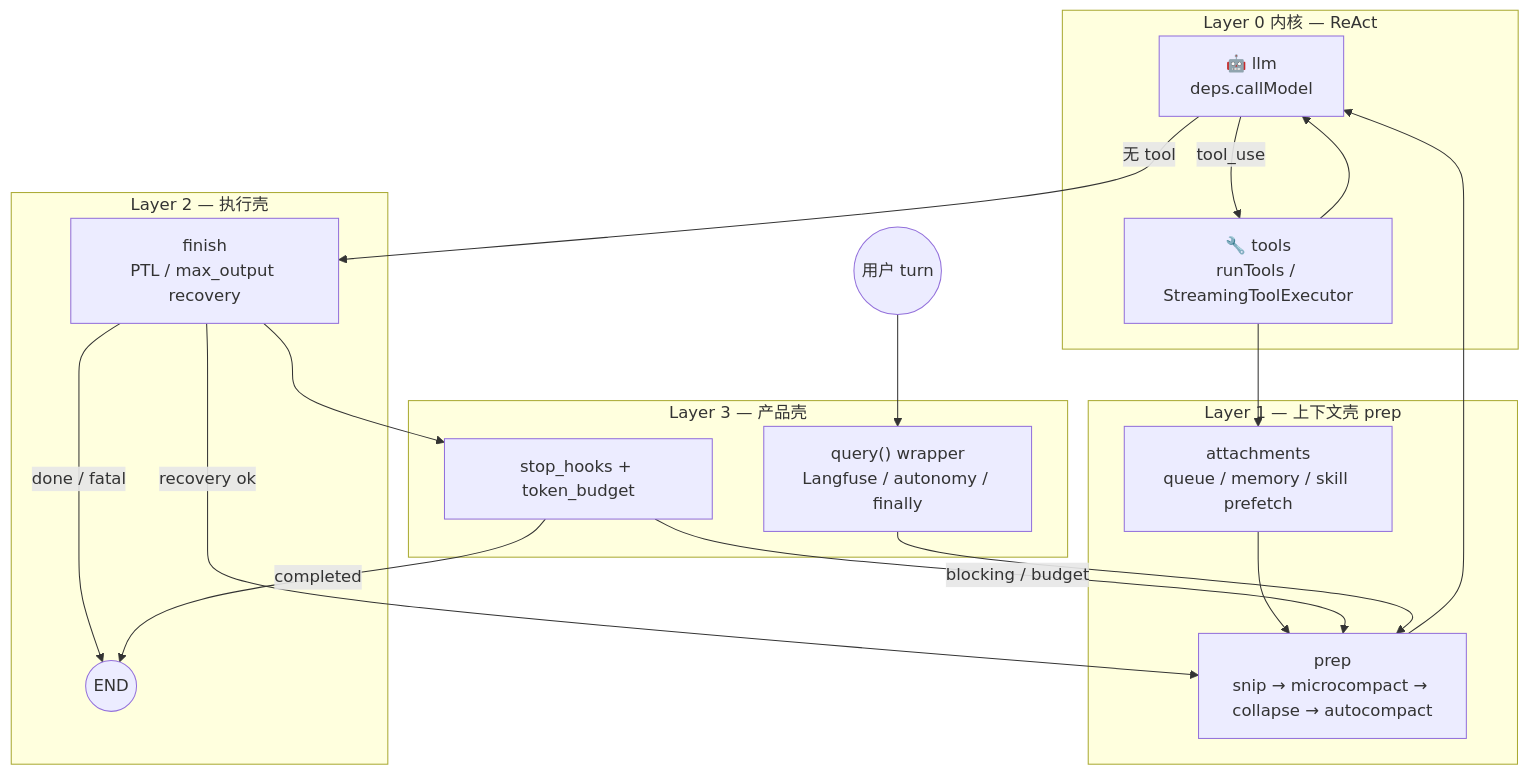
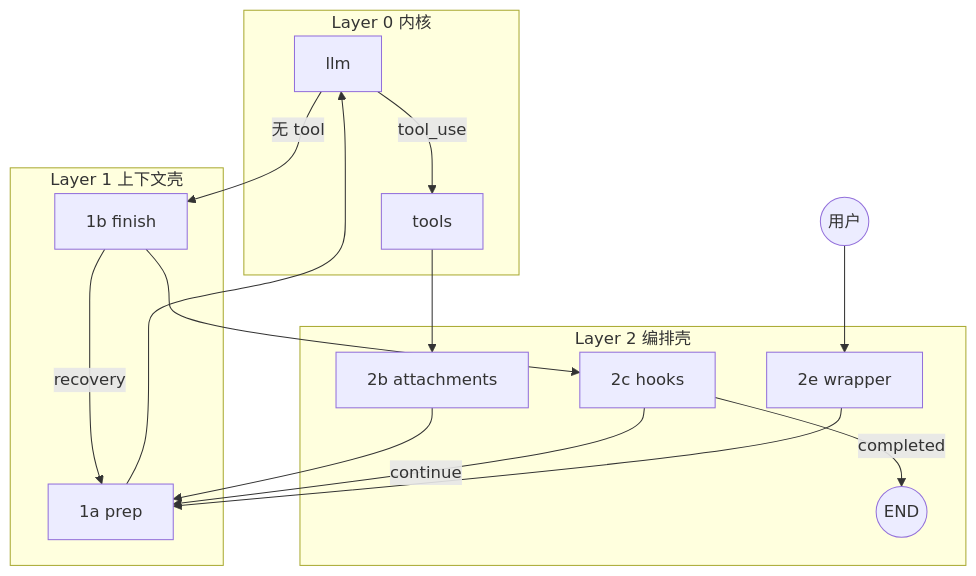
One commit to VirusPC/claude-code-best changed the fourth of 4 diagrams in .shousui/notes/query-react-three-layers.md. Above: the diagram before and after it, drawn with Mermaid. The commit also changed other lines of this file, not shown here.

First line of the commit message:
docs: 统一 query 笔记为 ReAct + 两层壳叙事

````diff
--- a/.shousui/notes/query-react-three-layers.md
+++ b/.shousui/notes/query-react-three-layers.md
@@ -339,35 +410,30 @@
 ```mermaid
 flowchart TB
-  subgraph L0["Layer 0 内核 — ReAct"]
-    llm["🤖 llm<br/>deps.callModel"]
-    tools["🔧 tools<br/>runTools / StreamingToolExecutor"]
+  subgraph L0["Layer 0 内核"]
+    llm["llm"]
+    tools["tools"]
     llm -->|"tool_use"| tools
-    tools --> llm
   end
 
-  subgraph L1["Layer 1 — 上下文壳 prep"]
-    prep["prep<br/>snip → microcompact → collapse → autocompact"]
+  subgraph L1["Layer 1 上下文壳"]
+    prep["1a prep"]
+    finish["1b finish"]
     prep --> llm
-    tools --> attach
-    attach["attachments<br/>queue / memory / skill prefetch"]
-    attach --> prep
+    finish -->|"recovery"| prep
   end
 
-  subgraph L2["Layer 2 — 执行壳"]
-    finish["finish<br/>PTL / max_output recovery"]
+  subgraph L2["Layer 2 编排壳"]
+    attach["2b attachments"]
+    hooks["2c hooks"]
+    wrap["2e wrapper"]
+    tools --> attach
+    attach --> prep
     llm -->|"无 tool"| finish
-    finish -->|"recovery ok"| prep
-    finish -->|"done / fatal"| END_NODE((END))
+    finish --> hooks
+    hooks -->|"completed"| END_NODE((END))
+    hooks -->|"continue"| prep
   end
 
-  subgraph L3["Layer 3 — 产品壳"]
-    hooks["stop_hooks + token_budget"]
-    finish --> hooks
-    hooks -->|"completed"| END_NODE
-    hooks -->|"blocking / budget"| prep
-    wrap["query() wrapper<br/>Langfuse / autonomy / finally"]
-  end
-
-  START((用户 turn)) --> wrap
+  START((用户)) --> wrap
   wrap --> prep
 ```
````
